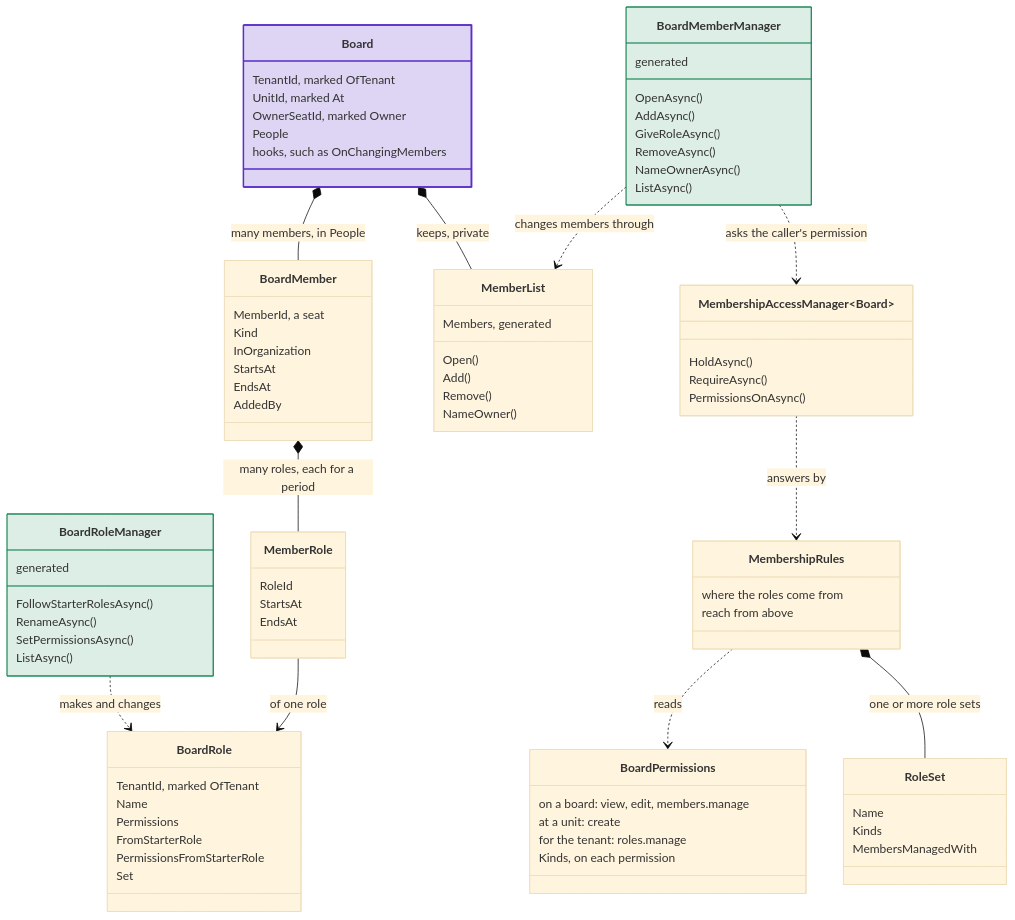
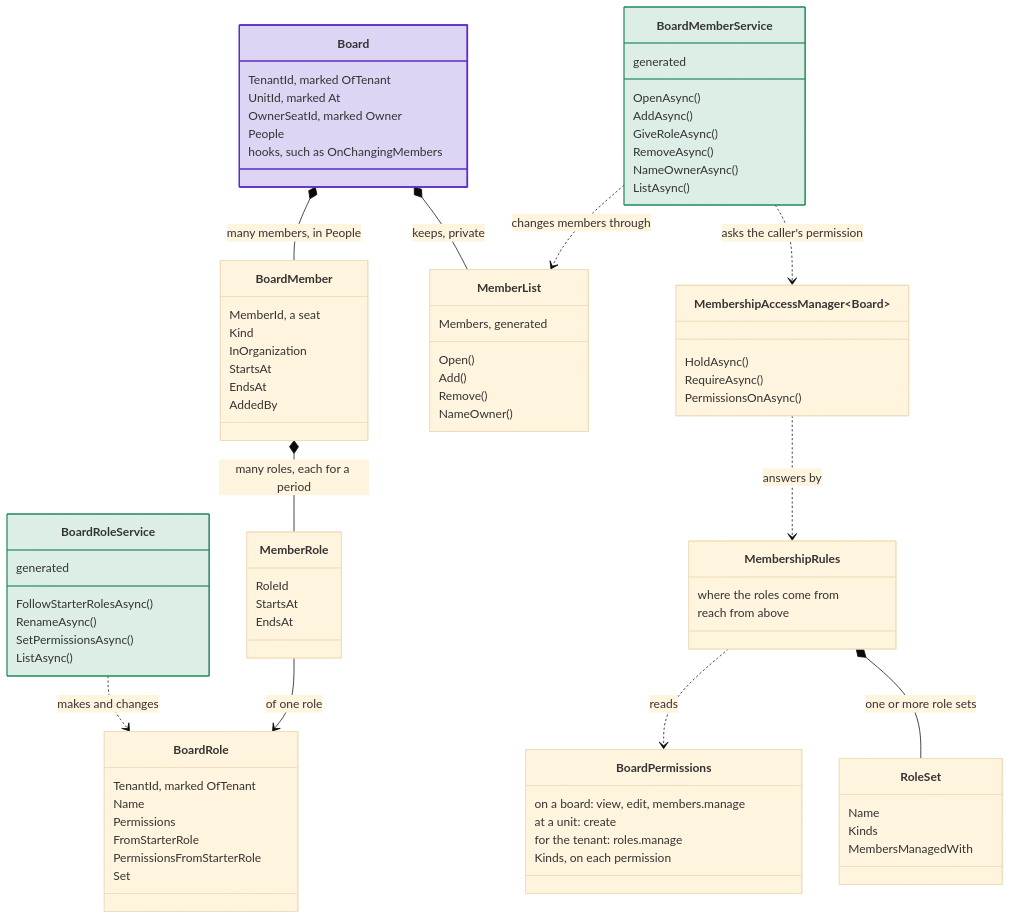
One commit to DylanSnel/DDDToolkit changed the first of 2 diagrams in docs/membership/overview.md. Above: the diagram before and after it, drawn with Mermaid (base theme). The commit also changed other lines of this file and 65 other files, not shown here.

````diff
--- a/docs/membership/overview.md
+++ b/docs/membership/overview.md
@@ -90,7 +90,7 @@
         Remove()
         NameOwner()
     }
-    class BoardMemberManager {
+    class BoardMemberService {
         generated
         OpenAsync()
         AddAsync()
@@ -99,7 +99,7 @@
         NameOwnerAsync()
         ListAsync()
     }
-    class BoardRoleManager {
+    class BoardRoleService {
         generated
         FollowStarterRolesAsync()
         RenameAsync()
@@ -151,15 +151,15 @@
     Board *-- MemberList : keeps, private
     BoardMember *-- MemberRole : many roles, each for a period
     MemberRole --> BoardRole : of one role
-    BoardMemberManager ..> MemberList : changes members through
-    BoardMemberManager ..> MembershipAccessManager : asks the caller's permission
-    BoardRoleManager ..> BoardRole : makes and changes
+    BoardMemberService ..> MemberList : changes members through
+    BoardMemberService ..> MembershipAccessManager : asks the caller's permission
+    BoardRoleService ..> BoardRole : makes and changes
     MembershipRules ..> BoardPermissions : reads
     MembershipRules *-- RoleSet : one or more role sets
     MembershipAccessManager ..> MembershipRules : answers by
     class Board:::strong
-    class BoardMemberManager:::good
-    class BoardRoleManager:::good
+    class BoardMemberService:::good
+    class BoardRoleService:::good
     classDef strong fill:#5b2ec933,stroke:#5b2ec9,stroke-width:2px
     classDef good fill:#1f8a5b26,stroke:#1f8a5b
 ```
````
